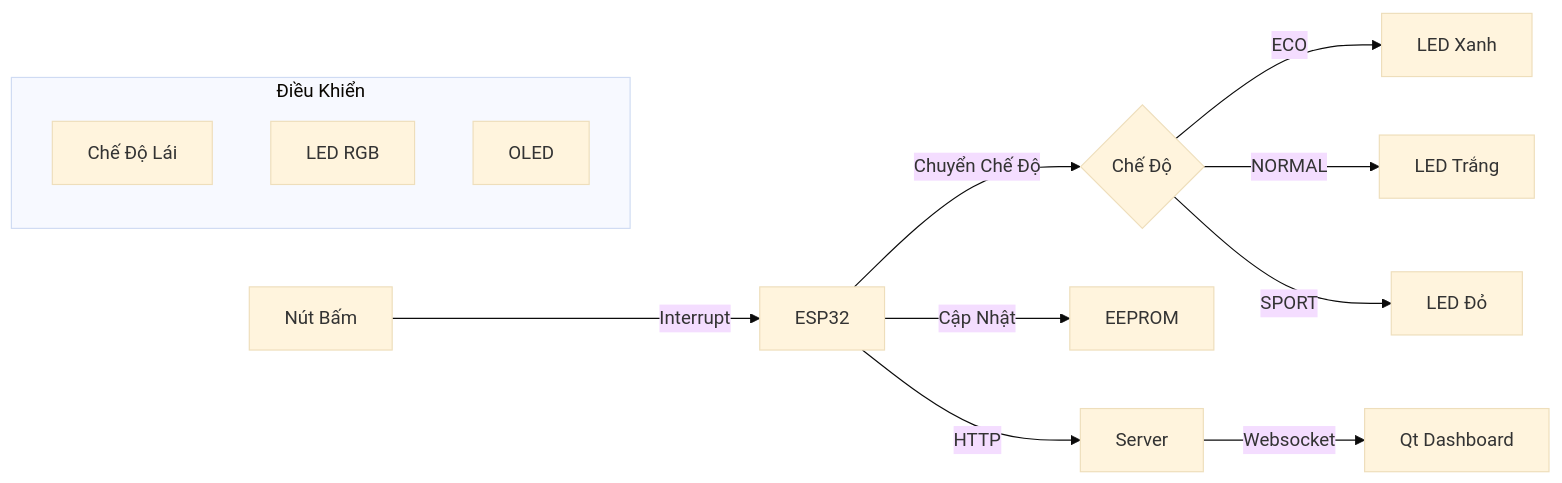
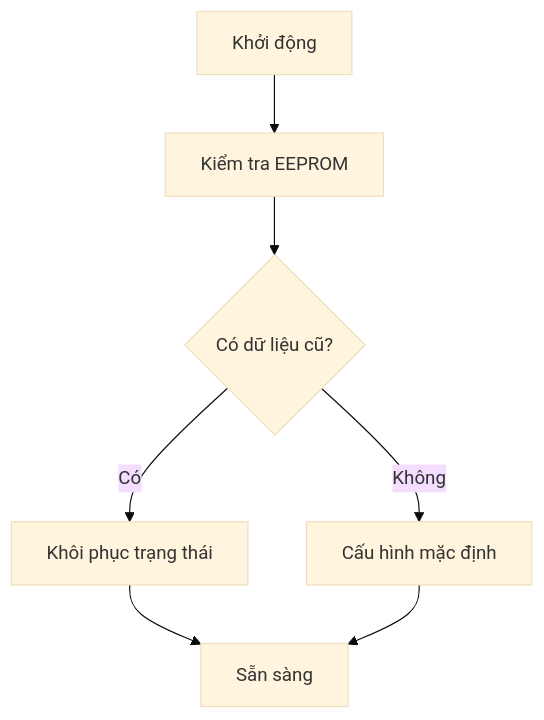
One commit to anhducad1111/car-dashboard changed the first of 4 diagrams in README.md. Above: the diagram before and after it, drawn with Mermaid (base theme). The commit also changed other lines of this file, not shown here.

````diff
--- a/README.md
+++ b/README.md
@@ -88,18 +54,9 @@
 ```mermaid
-graph LR
-    A[Nút Bấm] -->|Interrupt| B[ESP32]
-    B -->|Chuyển Chế Độ| C{Chế Độ}
-    C -->|ECO| D[LED Xanh]
-    C -->|NORMAL| E[LED Trắng]
-    C -->|SPORT| F[LED Đỏ]
-    
-    B -->|Cập Nhật| G[EEPROM]
-    B -->|HTTP| H[Server]
-    H -->|Websocket| I[Qt Dashboard]
-    
-    subgraph Điều Khiển
-        C1[Chế Độ Lái]
-        C2[LED RGB]
-        C3[OLED]
-    end
+graph TD
+    A[Khởi động] --> B[Kiểm tra EEPROM]
+    B --> C{Có dữ liệu cũ?}
+    C -->|Có| D[Khôi phục trạng thái]
+    C -->|Không| E[Cấu hình mặc định]
+    D --> F[Sẵn sàng]
+    E --> F
 ```
````
